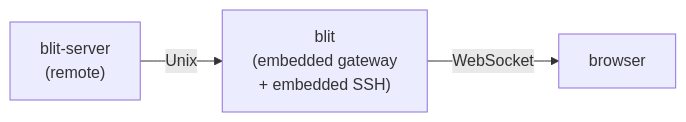
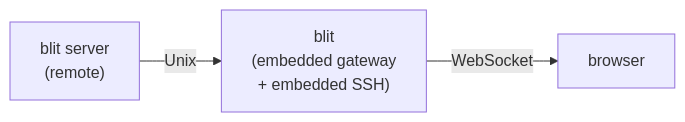
Before and after one commit to indent-com/blit: the fourth of 11 diagrams in ARCHITECTURE.md, drawn with Mermaid. The commit also changed other lines of this file and 101 other files, not shown here.

````diff
--- a/ARCHITECTURE.md
+++ b/ARCHITECTURE.md
@@ -121,5 +121,5 @@
 ```mermaid
 graph LR
-    S["blit-server\n(remote)"] -->|Unix| C["blit\n(embedded gateway\n+ embedded SSH)"]
+    S["blit server\n(remote)"] -->|Unix| C["blit\n(embedded gateway\n+ embedded SSH)"]
     C -->|WebSocket| B["browser"]
 ```
````
